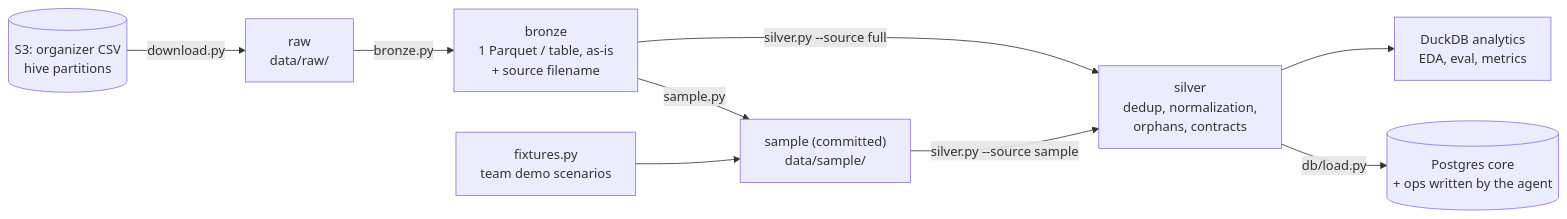
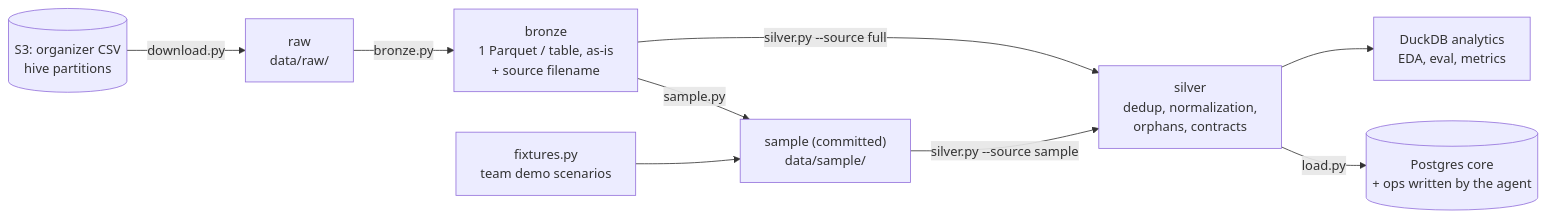
One commit to CristianLazoQuispe/factored-hackathon-2026-team-primos changed the diagram in docs/documentation/technical/data_pipeline.md. Above: the diagram before and after it, drawn with Mermaid. The commit also changed other lines of this file and 3 other files, not shown here.

````diff
--- a/docs/documentation/technical/data_pipeline.md
+++ b/docs/documentation/technical/data_pipeline.md
@@ -16,11 +22,11 @@
 ```mermaid
 flowchart LR
     S3[("S3: organizer CSV<br/>hive partitions")] -->|download.py| RAW["raw<br/>data/raw/"]
     RAW -->|bronze.py| BRONZE["bronze<br/>1 Parquet / table, as-is<br/>+ source filename"]
     BRONZE -->|sample.py| SAMPLE["sample (committed)<br/>data/sample/"]
     FIX["fixtures.py<br/>team demo scenarios"] --> SAMPLE
     SAMPLE -->|silver.py --source sample| SILVER["silver<br/>dedup, normalization,<br/>orphans, contracts"]
     BRONZE -->|silver.py --source full| SILVER
-    SILVER -->|db/load.py| PG[("Postgres core<br/>+ ops written by the agent")]
+    SILVER -->|load.py| PG[("Postgres core<br/>+ ops written by the agent")]
     SILVER --> DUCK["DuckDB analytics<br/>EDA, eval, metrics"]
 ```
````
